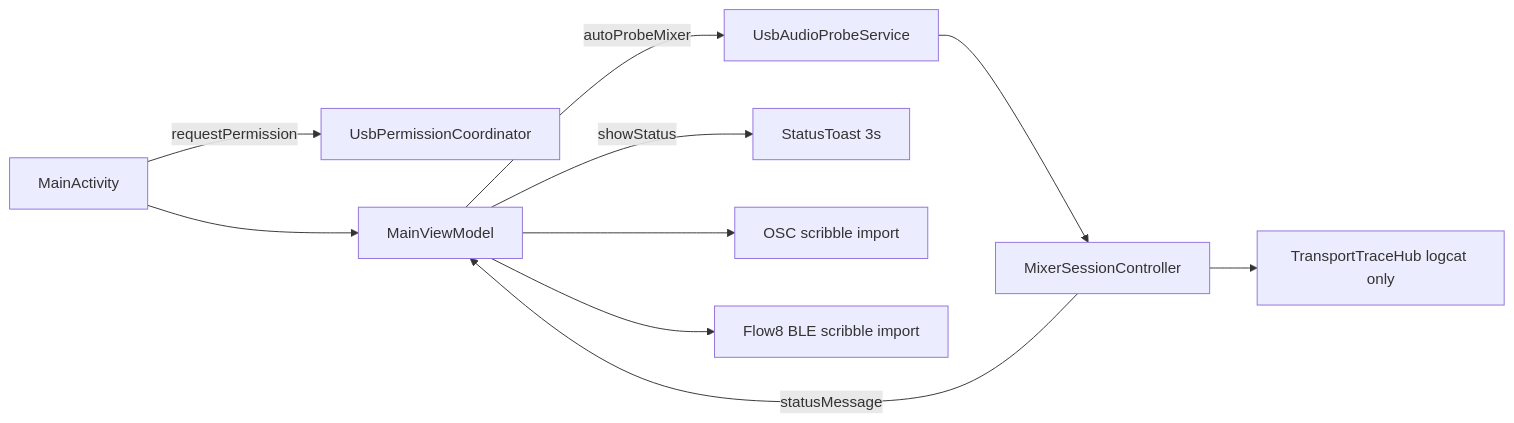
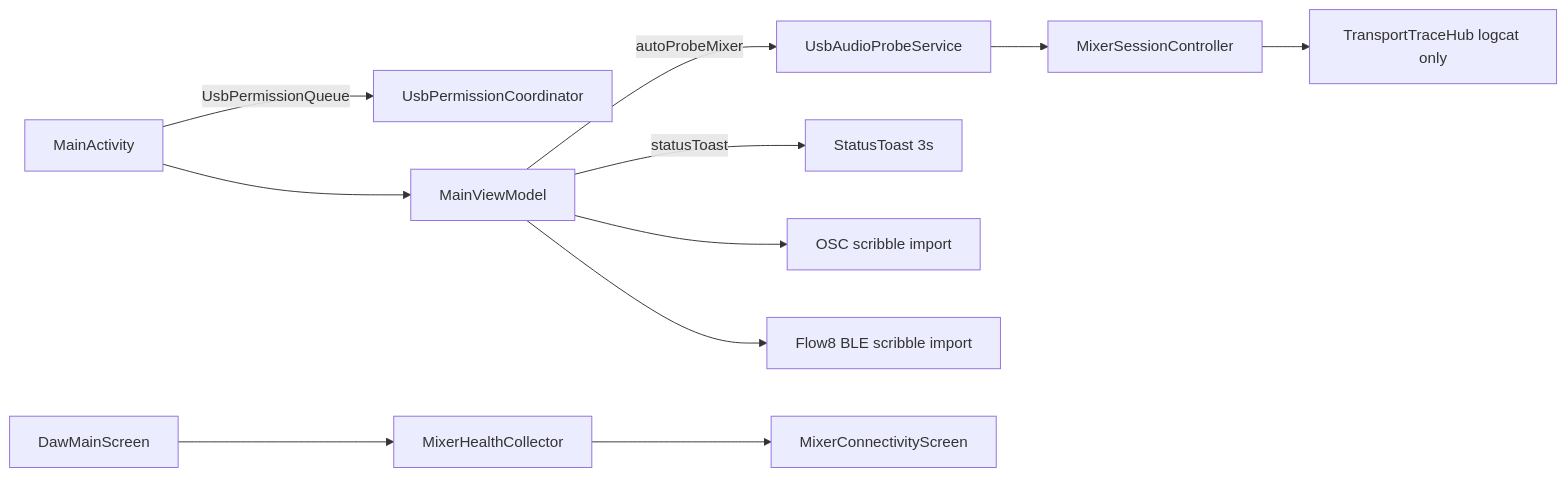
Before and after one commit to T-vK/OpenMultiTrack: the first of 2 diagrams in docs/mixer-connectivity-and-session-ux-plan.md, drawn with Mermaid. The commit also changed other lines of this file and 14 other files, not shown here.

First line of the commit message:
feat: add mixer connectivity screen and remove USB quiesce before OSC

````diff
--- a/docs/mixer-connectivity-and-session-ux-plan.md
+++ b/docs/mixer-connectivity-and-session-ux-plan.md
@@ -51,12 +85,13 @@
 ```mermaid
 flowchart LR
-    MA[MainActivity] -->|requestPermission| USB[UsbPermissionCoordinator]
+    MA[MainActivity] -->|UsbPermissionQueue| USB[UsbPermissionCoordinator]
     MA --> VM[MainViewModel]
     VM -->|autoProbeMixer| Probe[UsbAudioProbeService]
     Probe --> MSC[MixerSessionController]
-    VM -->|showStatus| Toast[StatusToast 3s]
-    MSC -->|statusMessage| VM
+    VM -->|statusToast| Toast[StatusToast 3s]
     MSC --> Trace[TransportTraceHub logcat only]
     VM --> OSC[OSC scribble import]
     VM --> BLE[Flow8 BLE scribble import]
+    DMS[DawMainScreen] --> MHC[MixerHealthCollector]
+    MHC --> MCS[MixerConnectivityScreen]
 ```
````
